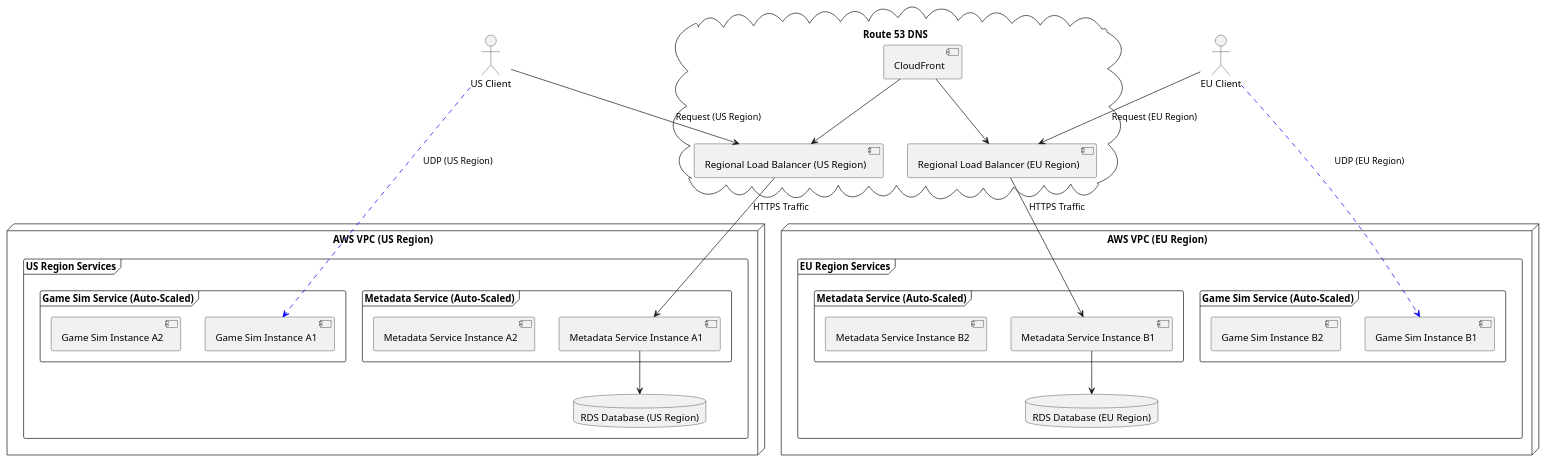
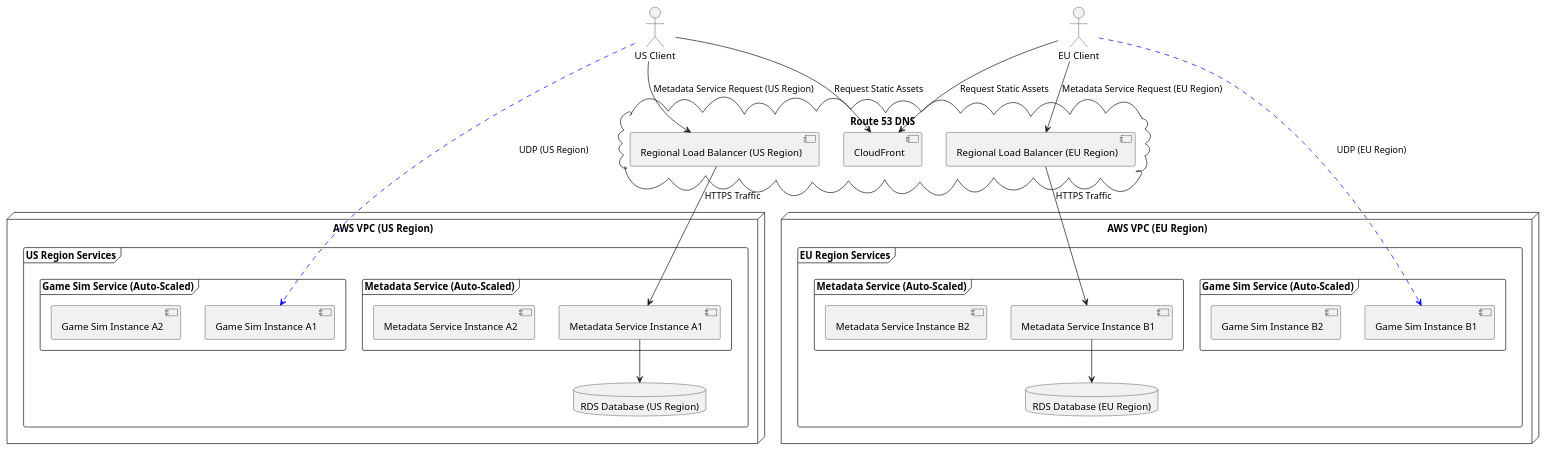
Before and after one commit to dcasadevall/rpg-server: the diagram in docs/2-regional-all.puml, drawn with PlantUML. The commit also changed 2 other files, not shown here.

Commit message:
Regional and game sim flow

```diff
--- a/docs/2-regional-all.puml
+++ b/docs/2-regional-all.puml
@@ -1,55 +1,58 @@
 @startuml Regional
 actor "US Client" as USClient
 actor "EU Client" as EUClient
 
 cloud "Route 53 DNS" {
-    [CloudFront] --> [Regional Load Balancer (US Region)]
-    [CloudFront] --> [Regional Load Balancer (EU Region)]
+    [CloudFront]
+    [Regional Load Balancer (US Region)]
+    [Regional Load Balancer (EU Region)]
 }
 
 node "AWS VPC (US Region)" {
     frame "US Region Services" {
         frame "Metadata Service (Auto-Scaled)" as MetadataServiceA {
             [Metadata Service Instance A1]
             [Metadata Service Instance A2]
         }
         frame "Game Sim Service (Auto-Scaled)" as GameSimServiceA {
             [Game Sim Instance A1]
             [Game Sim Instance A2]
         }
         database "RDS Database (US Region)" as RDS_A
     }
 }
 
 node "AWS VPC (EU Region)" {
     frame "EU Region Services" {
         frame "Metadata Service (Auto-Scaled)" as MetadataServiceB {
             [Metadata Service Instance B1]
             [Metadata Service Instance B2]
         }
         frame "Game Sim Service (Auto-Scaled)" as GameSimServiceB {
             [Game Sim Instance B1]
             [Game Sim Instance B2]
         }
         database "RDS Database (EU Region)" as RDS_B
     }
 }
 
 ' Client Regional Routing
-USClient --> [Regional Load Balancer (US Region)] : Request (US Region)
-EUClient --> [Regional Load Balancer (EU Region)] : Request (EU Region)
+USClient --> [CloudFront] : Request Static Assets
+USClient --> [Regional Load Balancer (US Region)] : Metadata Service Request (US Region)
+EUClient --> [CloudFront] : Request Static Assets
+EUClient --> [Regional Load Balancer (EU Region)] : Metadata Service Request (EU Region)
 
 ' API Flow US Region
 [Regional Load Balancer (US Region)] --> [Metadata Service Instance A1] : HTTPS Traffic
 [Metadata Service Instance A1] --> RDS_A
 
 ' API Flow EU Region
 [Regional Load Balancer (EU Region)] --> [Metadata Service Instance B1] : HTTPS Traffic
 [Metadata Service Instance B1] --> RDS_B
 
 ' UDP Connection US Region
 USClient -[#blue,dashed]-> [Game Sim Instance A1] : UDP (US Region)
 
 ' UDP Connection EU Region
 EUClient -[#blue,dashed]-> [Game Sim Instance B1] : UDP (EU Region)
 @enduml
```
